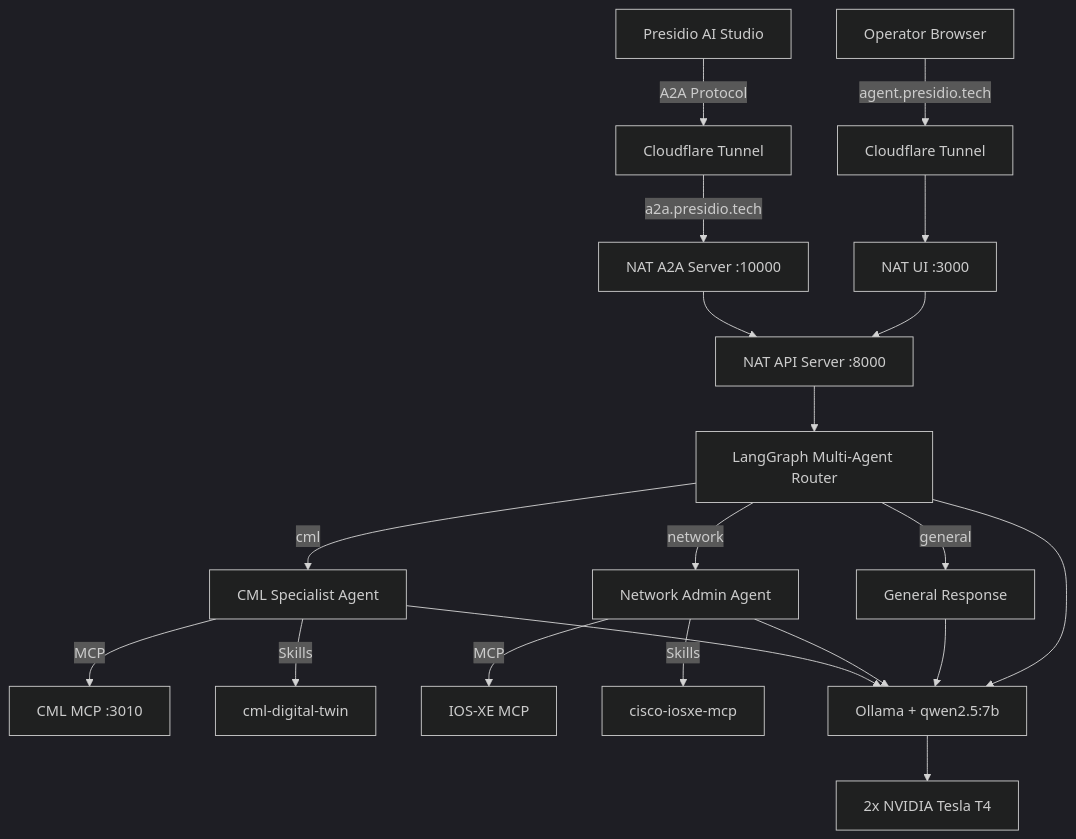
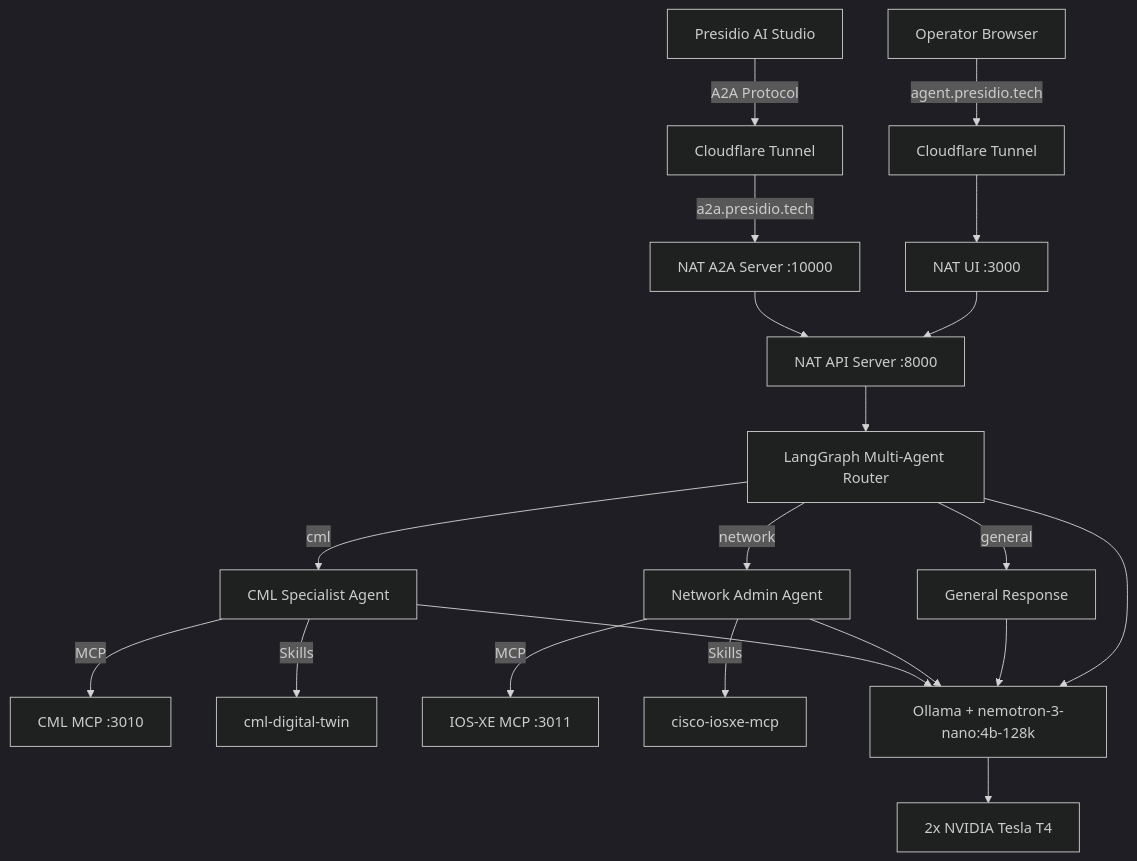
One commit to Presidio-Federal/nvidia-a2a-agent changed the second of 5 diagrams in README.md. Above: the diagram before and after it, drawn with Mermaid (dark theme). The commit also changed other lines of this file, not shown here.

````diff
--- a/README.md
+++ b/README.md
@@ -50,28 +50,28 @@
 ```mermaid
 flowchart TB
     AIStudio["Presidio AI Studio"] -->|"A2A Protocol"| CF["Cloudflare Tunnel"]
     CF -->|"a2a.presidio.tech"| A2A["NAT A2A Server :10000"]
     A2A --> NATServe["NAT API Server :8000"]
 
     Browser["Operator Browser"] -->|"agent.presidio.tech"| CF2["Cloudflare Tunnel"]
     CF2 --> NATUI["NAT UI :3000"]
     NATUI --> NATServe
 
     NATServe --> Graph["LangGraph Multi-Agent Router"]
 
     Graph -->|"cml"| CMLAgent["CML Specialist Agent"]
     Graph -->|"network"| NetAgent["Network Admin Agent"]
     Graph -->|"general"| GenAgent["General Response"]
 
     CMLAgent -->|"MCP"| CMLMCP["CML MCP :3010"]
     CMLAgent -->|"Skills"| CMLSkill["cml-digital-twin"]
-    NetAgent -->|"MCP"| IOSXE["IOS-XE MCP"]
+    NetAgent -->|"MCP"| IOSXE["IOS-XE MCP :3011"]
     NetAgent -->|"Skills"| NetSkill["cisco-iosxe-mcp"]
 
-    CMLAgent --> Ollama["Ollama + qwen2.5:7b"]
+    CMLAgent --> Ollama["Ollama + nemotron-3-nano:4b-128k"]
     NetAgent --> Ollama
     GenAgent --> Ollama
     Graph --> Ollama
 
     Ollama --> GPU["2x NVIDIA Tesla T4"]
 ```
````
